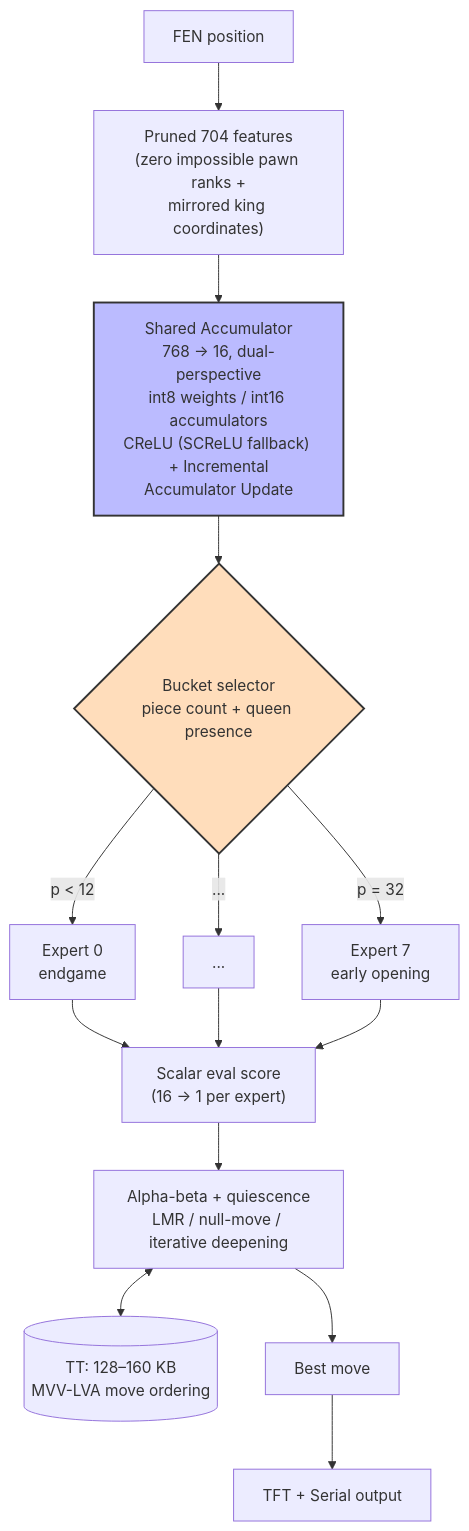
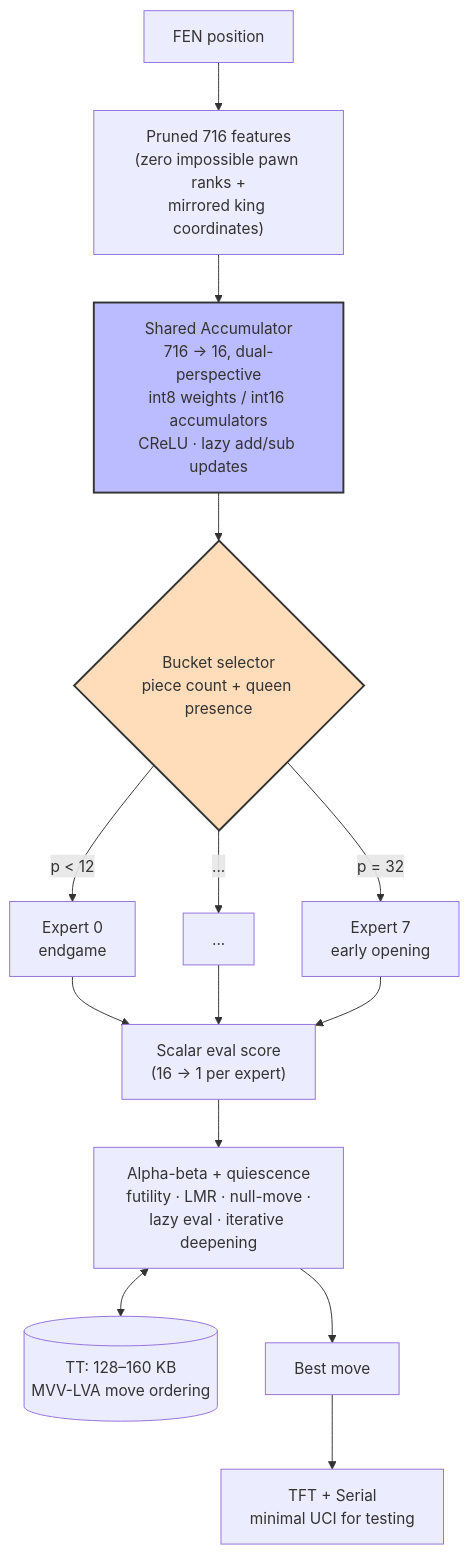
The second of 2 diagrams in NOTES/SARDINE 🐟.md (Omega97/TinyML_Internship), drawn with Mermaid before and after one commit. The commit also changed other lines of this file and 4 other files, not shown here.

````diff
--- a/NOTES/SARDINE 🐟.md
+++ b/NOTES/SARDINE 🐟.md
@@ -57,22 +57,22 @@
 ```mermaid
 flowchart TD
-    FEN["FEN position"] --> FEAT["Pruned 704 features<br/>(zero impossible pawn ranks +<br/>mirrored king coordinates)"]
+    FEN["FEN position"] --> FEAT["Pruned 716 features<br/>(zero impossible pawn ranks +<br/>mirrored king coordinates)"]
 
-    FEAT --> ACC["Shared Accumulator<br/>768 → 16, dual-perspective<br/>int8 weights / int16 accumulators<br/>CReLU (SCReLU fallback) <br/> + Incremental Accumulator Update"]
+    FEAT --> ACC["Shared Accumulator<br/>716 → 16, dual-perspective<br/>int8 weights / int16 accumulators<br/>CReLU · lazy add/sub updates"]
 
     ACC --> BUCKET{"Bucket selector<br/>piece count + queen presence"}
 
     BUCKET -->|"p < 12"| E0["Expert 0<br/>endgame"]
     BUCKET -->|"..."| E1["..."]
     BUCKET -->|"p = 32"| E7["Expert 7<br/>early opening"]
 
     E0 & E1 & E7 --> OUT["Scalar eval score<br/>(16 → 1 per expert)"]
 
-    OUT --> SEARCH["Alpha-beta + quiescence<br/>LMR / null-move / iterative deepening"]
+    OUT --> SEARCH["Alpha-beta + quiescence<br/>futility · LMR · null-move ·<br/>lazy eval · iterative deepening"]
     SEARCH <--> TT[("TT: 128–160 KB<br/>MVV-LVA move ordering")]
     SEARCH --> BEST["Best move"]
-    BEST --> IO["TFT + Serial output"]
+    BEST --> IO["TFT + Serial<br/>minimal UCI for testing"]
 
     style ACC fill:#bbf,stroke:#333,stroke-width:2px
     style BUCKET fill:#fdb,stroke:#333,stroke-width:2px
 ```
````
